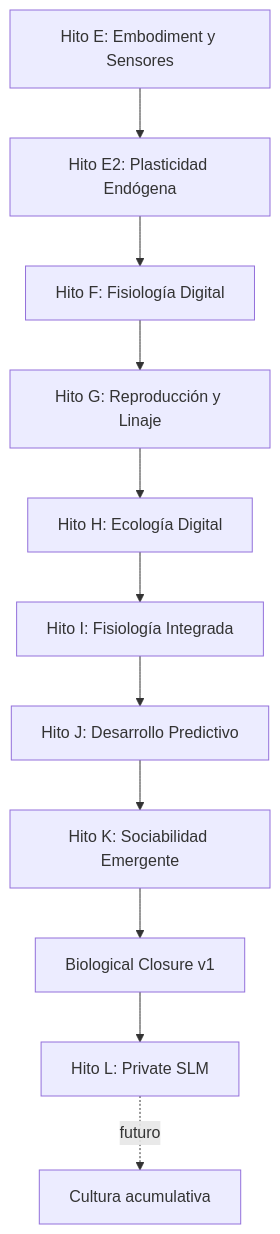
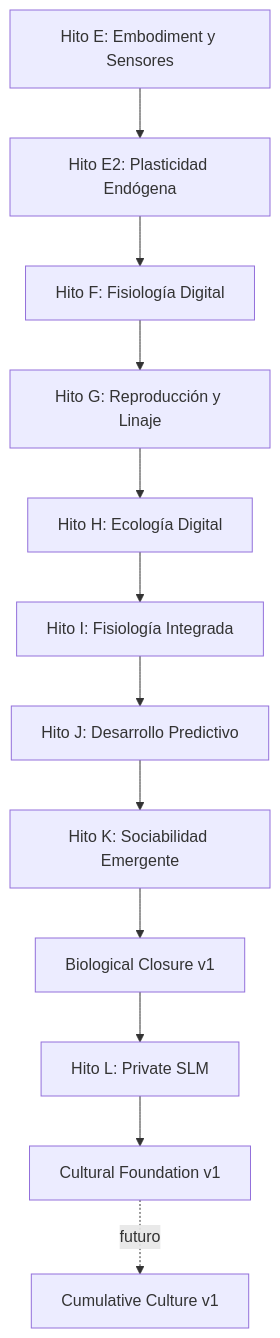
Before and after one commit to alessbarb/symbiont-lab: the diagram in docs/design/README.md, drawn with Mermaid. The commit also changed other lines of this file and 2 other files, not shown here.

Commit message:
docs(design): define cultural foundation v1

````diff
--- a/docs/design/README.md
+++ b/docs/design/README.md
@@ -16,13 +16,13 @@
 ```mermaid
 flowchart TD
     E["Hito E: Embodiment y Sensores"] --> E2["Hito E2: Plasticidad Endógena"]
     E2 --> F["Hito F: Fisiología Digital"]
     F --> G["Hito G: Reproducción y Linaje"]
     G --> H["Hito H: Ecología Digital"]
     H --> I["Hito I: Fisiología Integrada"]
     I --> J["Hito J: Desarrollo Predictivo"]
     J --> K["Hito K: Sociabilidad Emergente"]
     K --> BC["Biological Closure v1"]
     BC --> L["Hito L: Private SLM"]
-    L -. futuro .-> C["Cultura acumulativa"]
+    L --> CF["Cultural Foundation v1"] -. futuro .-> C["Cumulative Culture v1"]
 ```
````
